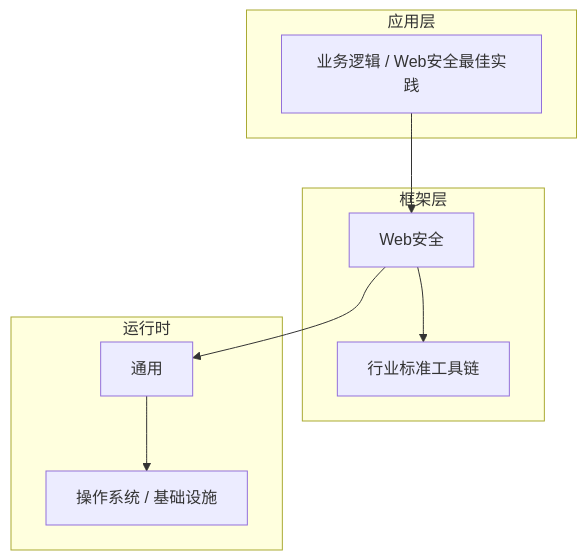
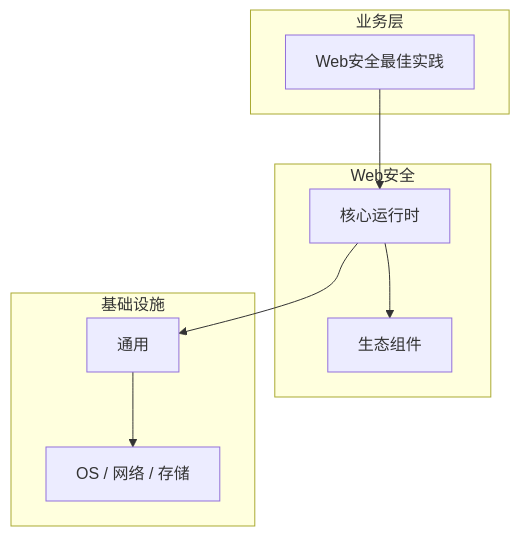
One commit to yanggan2015/knowledge-json-v2 changed the diagram in articles/Web安全/chapters/116-Web安全最佳实践核心概念与原理.md. Above: the diagram before and after it, drawn with Mermaid. The commit also changed other lines of this file and 10127 other files, not shown here.

````diff
--- a/articles/Web安全/chapters/116-Web安全最佳实践核心概念与原理.md
+++ b/articles/Web安全/chapters/116-Web安全最佳实践核心概念与原理.md
@@ -46,18 +35,18 @@
 ```mermaid
 graph TB
-    subgraph 应用层
-        A[业务逻辑 / Web安全最佳实践]
+    subgraph 业务层
+        A[Web安全最佳实践]
     end
-    subgraph 框架层
-        B[Web安全]
-        C[行业标准工具链]
+    subgraph Web安全
+        B[核心运行时]
+        C[生态组件]
     end
-    subgraph 运行时
+    subgraph 基础设施
         D[通用]
-        E[操作系统 / 基础设施]
+        E[OS / 网络 / 存储]
     end
     A --> B
     B --> C
     B --> D
     D --> E
 ```
````
